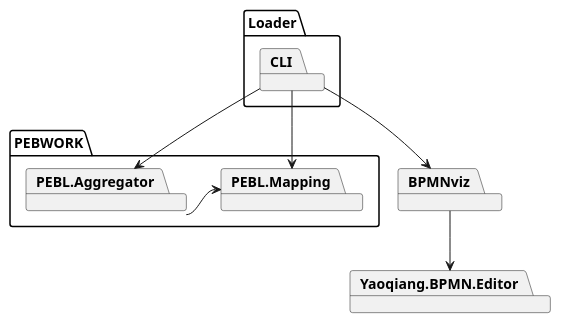
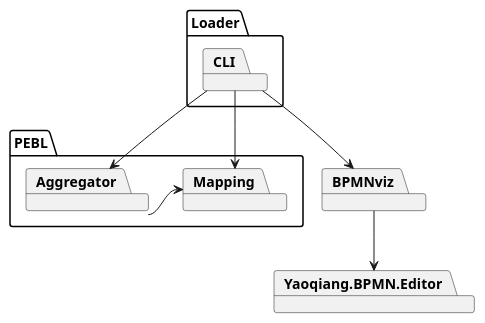
Before and after one commit to uniba-dsg/betsy: the diagram in loader/doc/dependencies.puml, drawn with PlantUML. The commit also changed 1 other file, not shown here.

Commit message:
Update uml diagrams.

```diff
--- a/loader/doc/dependencies.puml
+++ b/loader/doc/dependencies.puml
@@ -1,25 +1,25 @@
 @startuml
 package Loader {
 	package CLI
 }
 
-package PEBWORK {
-	package PEBL.Mapping
-	package PEBL.Aggregator
+package PEBL {
+	package Mapping
+	package Aggregator
 }
 package BPMNviz
 package Yaoqiang.BPMN.Editor
-CLI --> PEBL.Mapping
+CLI --> Mapping
 CLI --> BPMNviz
-PEBL.Aggregator -> PEBL.Mapping
-CLI --> PEBL.Aggregator
+Aggregator -> Mapping
+CLI --> Aggregator
 BPMNviz --> Yaoqiang.BPMN.Editor
 
 hide empty members
 hide empty methods
 hide circle
 
 skinparam monochrome true
 skinparam shadowing false
 skinparam packageStyle rect
 @enduml
```
